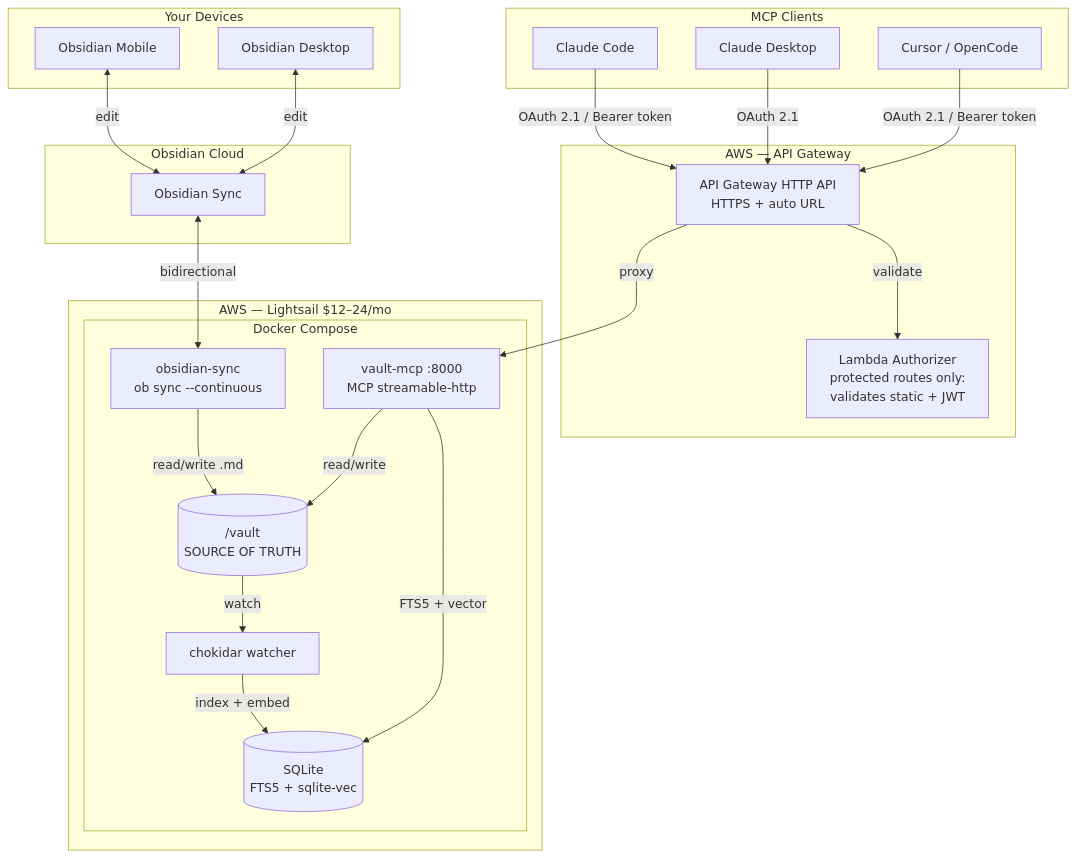
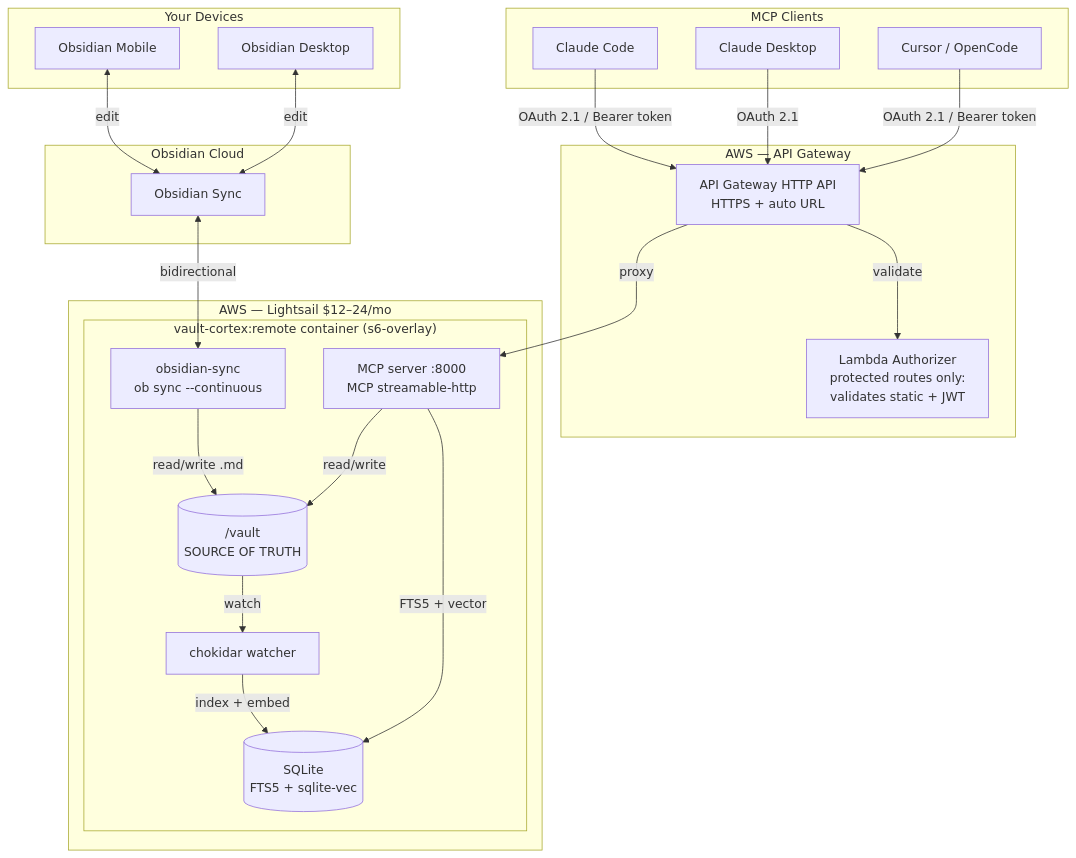
One commit to aliasunder/vault-cortex changed the first of 5 diagrams in ARCHITECTURE.md. Above: the diagram before and after it, drawn with Mermaid. The commit also changed other lines of this file and 61 other files, not shown here.

````diff
--- a/ARCHITECTURE.md
+++ b/ARCHITECTURE.md
@@ -48,46 +48,46 @@
 ```mermaid
 graph TB
     subgraph devices ["Your Devices"]
         OBS_PHONE["Obsidian Mobile"]
         OBS_LAPTOP["Obsidian Desktop"]
     end
 
     subgraph cloud ["Obsidian Cloud"]
         SYNC["Obsidian Sync"]
     end
 
     subgraph apigw_grp ["AWS — API Gateway"]
         APIGW["API Gateway HTTP API<br/>HTTPS + auto URL"]
         AUTH_FN["Lambda Authorizer<br/>protected routes only:<br/>validates static + JWT"]
         APIGW -->|validate| AUTH_FN
     end
 
     subgraph lightsail ["AWS — Lightsail $12–24/mo"]
-        subgraph compose ["Docker Compose"]
+        subgraph container ["vault-cortex:remote container (s6-overlay)"]
             OB_HEADLESS["obsidian-sync<br/>ob sync --continuous"]
             VAULT_FS[("/vault<br/>SOURCE OF TRUTH")]
-            MCP_SERVER["vault-mcp :8000<br/>MCP streamable-http"]
+            MCP_SERVER["MCP server :8000<br/>MCP streamable-http"]
             SQLITE[("SQLite\nFTS5 + sqlite-vec")]
             WATCHER["chokidar watcher"]
         end
     end
 
     subgraph clients ["MCP Clients"]
         CC["Claude Code"]
         CD["Claude Desktop"]
         CU["Cursor / OpenCode"]
     end
 
     OBS_PHONE <-->|edit| SYNC
     OBS_LAPTOP <-->|edit| SYNC
     SYNC <-->|bidirectional| OB_HEADLESS
     OB_HEADLESS -->|read/write .md| VAULT_FS
     VAULT_FS -->|watch| WATCHER
     WATCHER -->|index + embed| SQLITE
     MCP_SERVER -->|read/write| VAULT_FS
     MCP_SERVER -->|FTS5 + vector| SQLITE
     CC -->|OAuth 2.1 / Bearer token| APIGW
     CD -->|OAuth 2.1| APIGW
     CU -->|OAuth 2.1 / Bearer token| APIGW
     APIGW -->|proxy| MCP_SERVER
 ```
````
